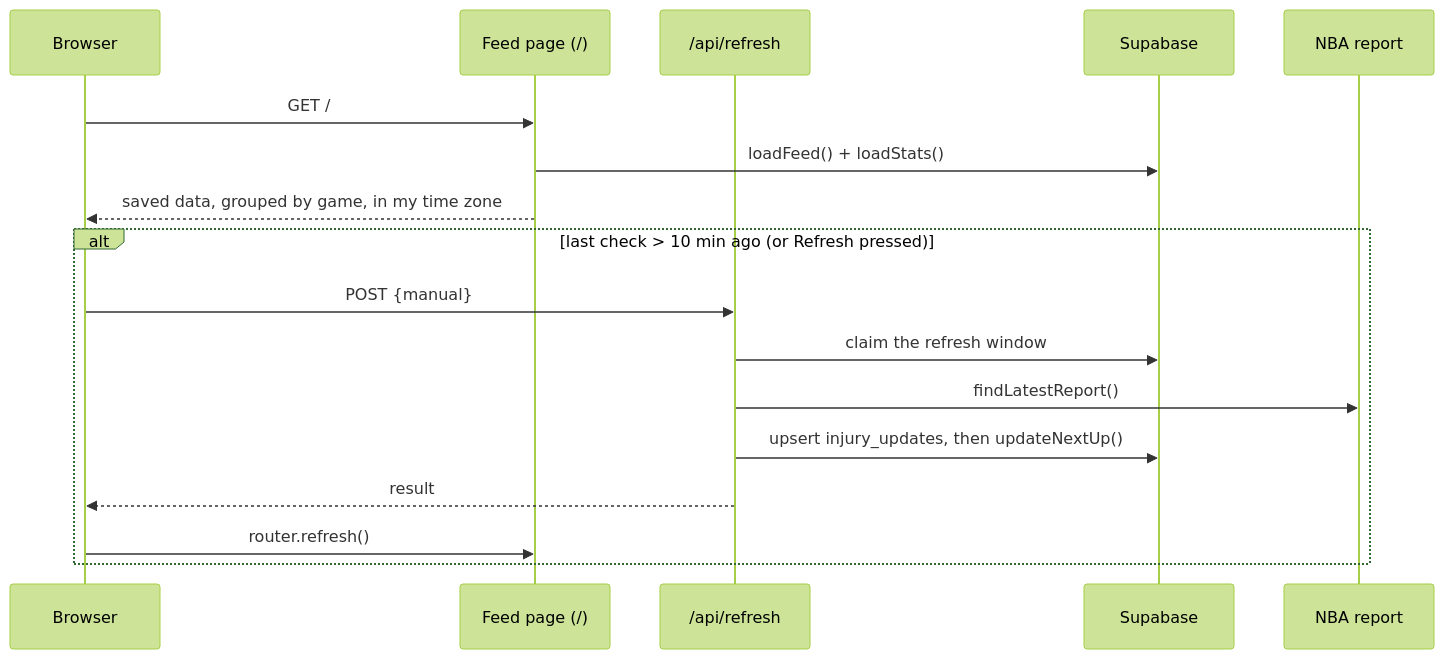
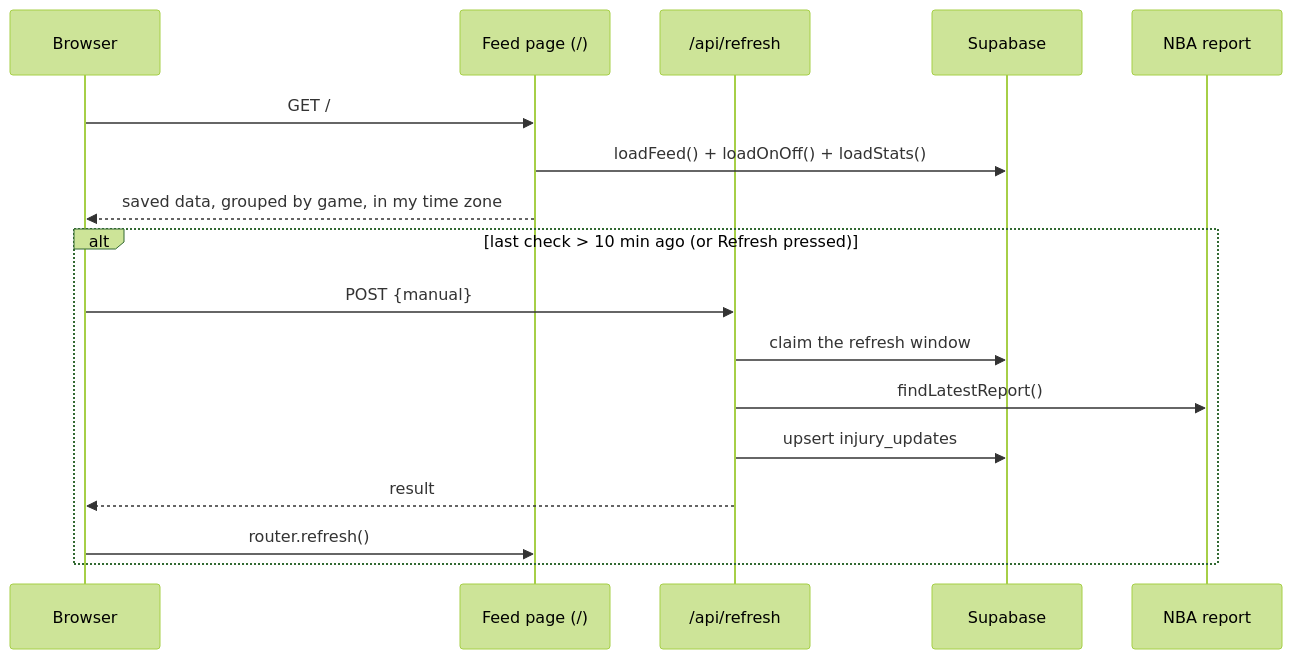
Before and after one commit to pearchew/fantasy-basketball-assistant: the second of 2 diagrams in README.md, drawn with Mermaid (forest theme). The commit also changed other lines of this file and 30 other files, not shown here.

First line of the commit message:
Replace next-up calls and Gemini with on/off splits

````diff
--- a/README.md
+++ b/README.md
@@ -78,19 +76,19 @@
 ```mermaid
 sequenceDiagram
   participant B as Browser
   participant P as Feed page (/)
   participant R as /api/refresh
   participant DB as Supabase
   participant NBA as NBA report
   B->>P: GET /
-  P->>DB: loadFeed() + loadStats()
+  P->>DB: loadFeed() + loadOnOff() + loadStats()
   P-->>B: saved data, grouped by game, in my time zone
   alt last check > 10 min ago (or Refresh pressed)
     B->>R: POST {manual}
     R->>DB: claim the refresh window
     R->>NBA: findLatestReport()
-    R->>DB: upsert injury_updates, then updateNextUp()
+    R->>DB: upsert injury_updates
     R-->>B: result
     B->>P: router.refresh()
   end
 ```
````
